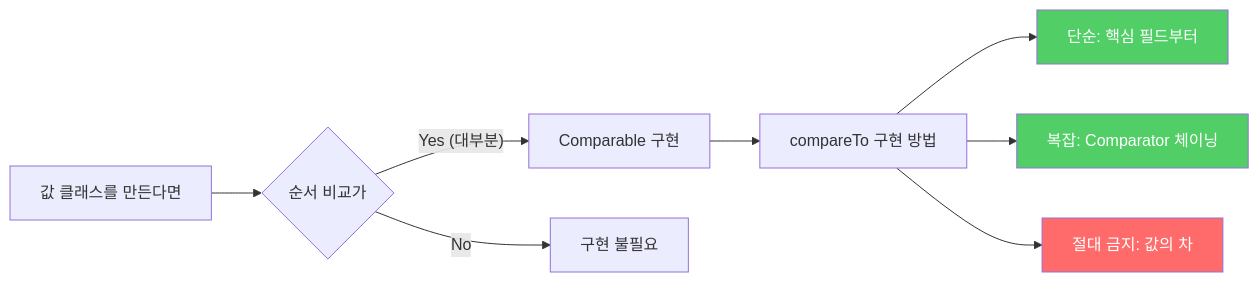
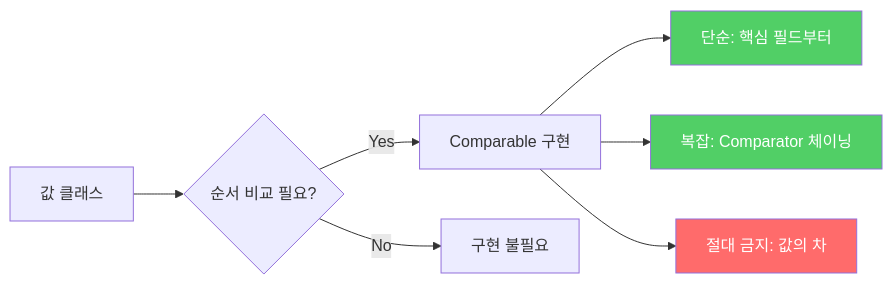
The second of 2 diagrams in _posts/java/2021-12-28-effective-java14.md (yjkim2015/yjkim2015.github.io), drawn with Mermaid before and after one commit. The commit also changed 245 other files, not shown here.

First line of the commit message:
Mermaid 다이어그램 전면 수정 + 면접 포인트 접기/펼치기 + DB 데드락 페이지

````diff
--- a/_posts/java/2021-12-28-effective-java14.md
+++ b/_posts/java/2021-12-28-effective-java14.md
@@ -195,13 +195,12 @@
 ```mermaid
 graph LR
-    A["값 클래스를 만든다면"] --> B{"순서 비교가"}
-    B -->|"Yes (대부분)"| C["Comparable 구현"]
+    A["값 클래스"] --> B{"순서 비교 필요?"}
+    B -->|"Yes"| C["Comparable 구현"]
     B -->|"No"| D["구현 불필요"]
-    C --> E["compareTo 구현 방법"]
-    E --> F["단순: 핵심 필드부터"]
-    E --> G["복잡: Comparator 체이닝"]
-    E --> H["절대 금지: 값의 차"]
+    C --> F["단순: 핵심 필드부터"]
+    C --> G["복잡: Comparator 체이닝"]
+    C --> H["절대 금지: 값의 차"]
     style F fill:#51cf66,color:#fff
     style G fill:#51cf66,color:#fff
     style H fill:#ff6b6b,color:#fff
 ```
````
